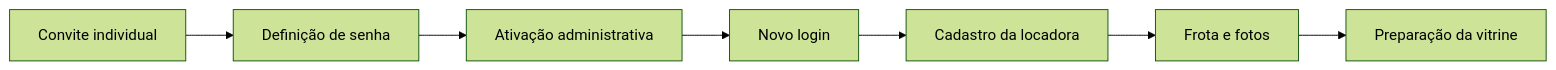
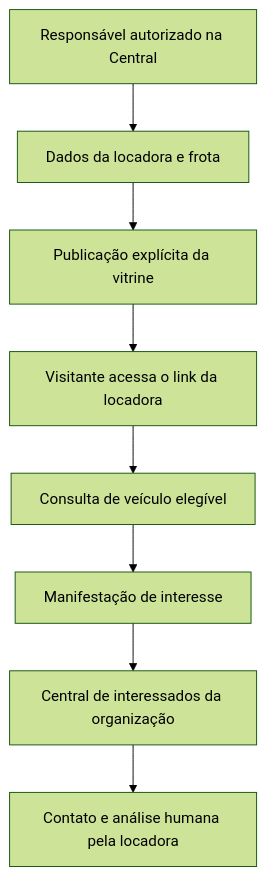
One commit to wallancyraniery/wallancyraniery changed the first of 2 diagrams in projects/locorienta.md. Above: the diagram before and after it, drawn with Mermaid (forest theme). The commit also changed other lines of this file and 2 other files, not shown here.

````diff
--- a/projects/locorienta.md
+++ b/projects/locorienta.md
@@ -26,9 +32,10 @@
 ```mermaid
-flowchart LR
-    A[Convite individual] --> B[Definição de senha]
-    B --> C[Ativação administrativa]
-    C --> D[Novo login]
-    D --> E[Cadastro da locadora]
-    E --> F[Frota e fotos]
-    F --> G[Preparação da vitrine]
+flowchart TD
+    A[Responsável autorizado na Central] --> B[Dados da locadora e frota]
+    B --> C[Publicação explícita da vitrine]
+    C --> D[Visitante acessa o link da locadora]
+    D --> E[Consulta de veículo elegível]
+    E --> F[Manifestação de interesse]
+    F --> G[Central de interessados da organização]
+    G --> H[Contato e análise humana pela locadora]
 ```
````
